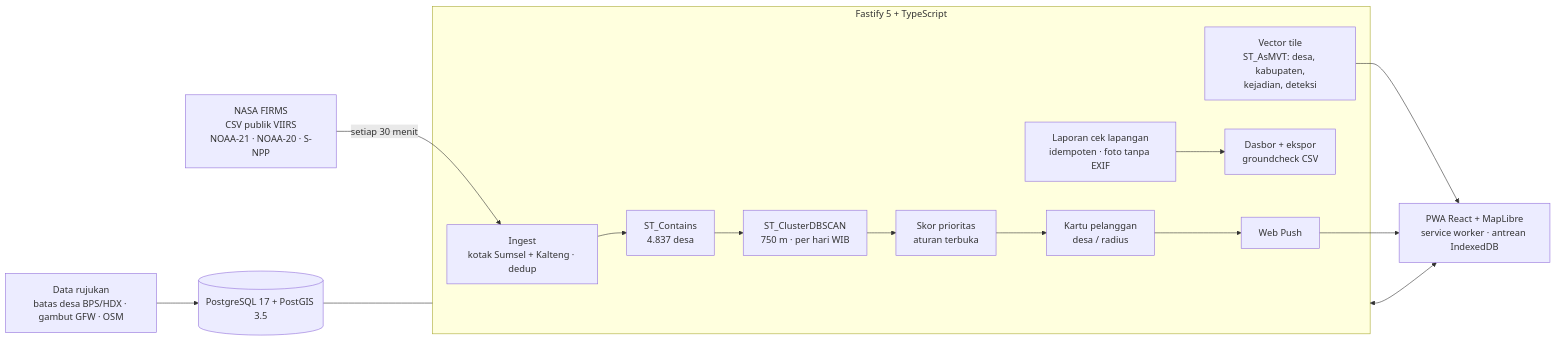
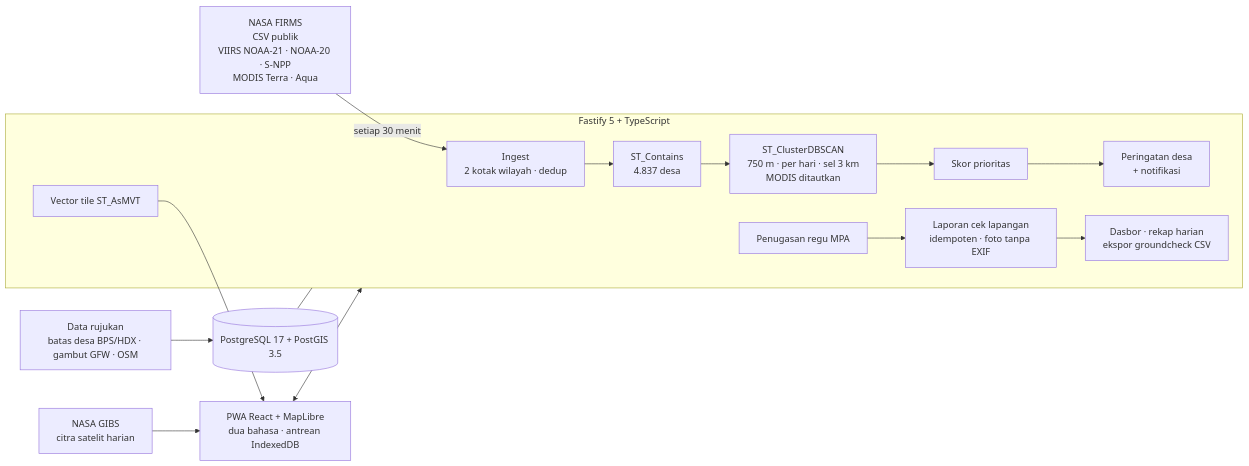
The diagram in README.md (mrramdn/titik-api), drawn with Mermaid before and after one commit. The commit also changed other lines of this file and 4 other files, not shown here.

````diff
--- a/README.md
+++ b/README.md
@@ -46,15 +37,14 @@
 ```mermaid
 flowchart LR
-  FIRMS["NASA FIRMS<br/>CSV publik VIIRS<br/>NOAA-21 · NOAA-20 · S-NPP"] -->|setiap 30 menit| Ingest
+  FIRMS["NASA FIRMS<br/>CSV publik<br/>VIIRS NOAA-21 · NOAA-20 · S-NPP<br/>MODIS Terra · Aqua"] -->|setiap 30 menit| Ingest
   subgraph API["Fastify 5 + TypeScript"]
-    Ingest["Ingest<br/>kotak Sumsel + Kalteng · dedup"] --> Desa["ST_Contains<br/>4.837 desa"] --> Klaster["ST_ClusterDBSCAN<br/>750 m · per hari WIB"] --> Skor["Skor prioritas<br/>aturan terbuka"] --> Kartu["Kartu pelanggan<br/>desa / radius"]
-    Kartu --> Push["Web Push"]
-    Lapor["Laporan cek lapangan<br/>idempoten · foto tanpa EXIF"] --> Dasbor["Dasbor + ekspor<br/>groundcheck CSV"]
-    Ubin["Vector tile<br/>ST_AsMVT: desa, kabupaten,<br/>kejadian, deteksi"]
+    Ingest["Ingest<br/>2 kotak wilayah · dedup"] --> Desa["ST_Contains<br/>4.837 desa"] --> Kejadian["ST_ClusterDBSCAN<br/>750 m · per hari · sel 3 km<br/>MODIS ditautkan"] --> Skor["Skor prioritas"] --> Peringatan["Peringatan desa<br/>+ notifikasi"]
+    Tugas["Penugasan regu MPA"] --> Lapor["Laporan cek lapangan<br/>idempoten · foto tanpa EXIF"] --> Dasbor["Dasbor · rekap harian<br/>ekspor groundcheck CSV"]
+    Ubin["Vector tile ST_AsMVT"]
   end
   DB[("PostgreSQL 17 + PostGIS 3.5")] --- API
   Ref["Data rujukan<br/>batas desa BPS/HDX · gambut GFW · OSM"] --> DB
-  PWA["PWA React + MapLibre<br/>service worker · antrean IndexedDB"] <--> API
+  PWA["PWA React + MapLibre<br/>dua bahasa · antrean IndexedDB"] <--> API
   Ubin --> PWA
-  Push --> PWA
+  GIBS["NASA GIBS<br/>citra satelit harian"] --> PWA
 ```
````
